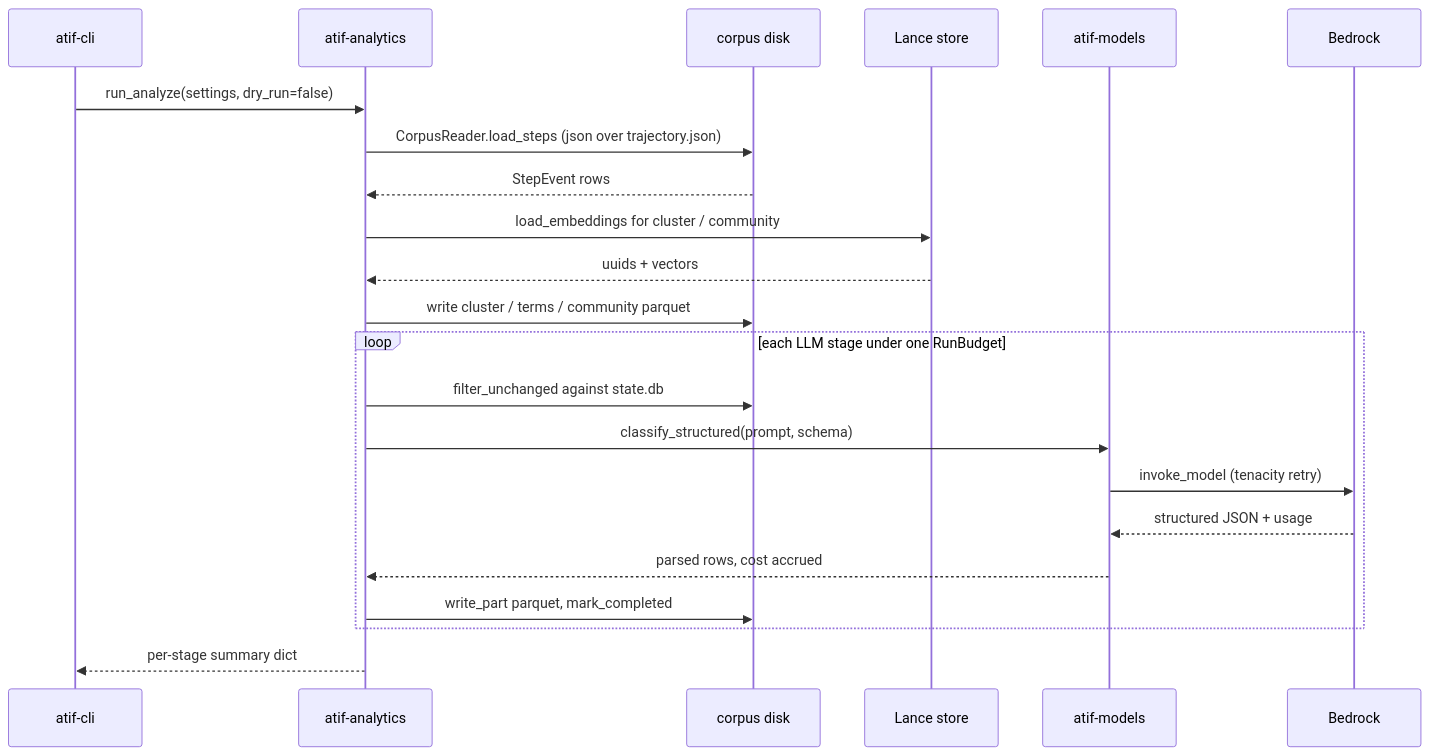
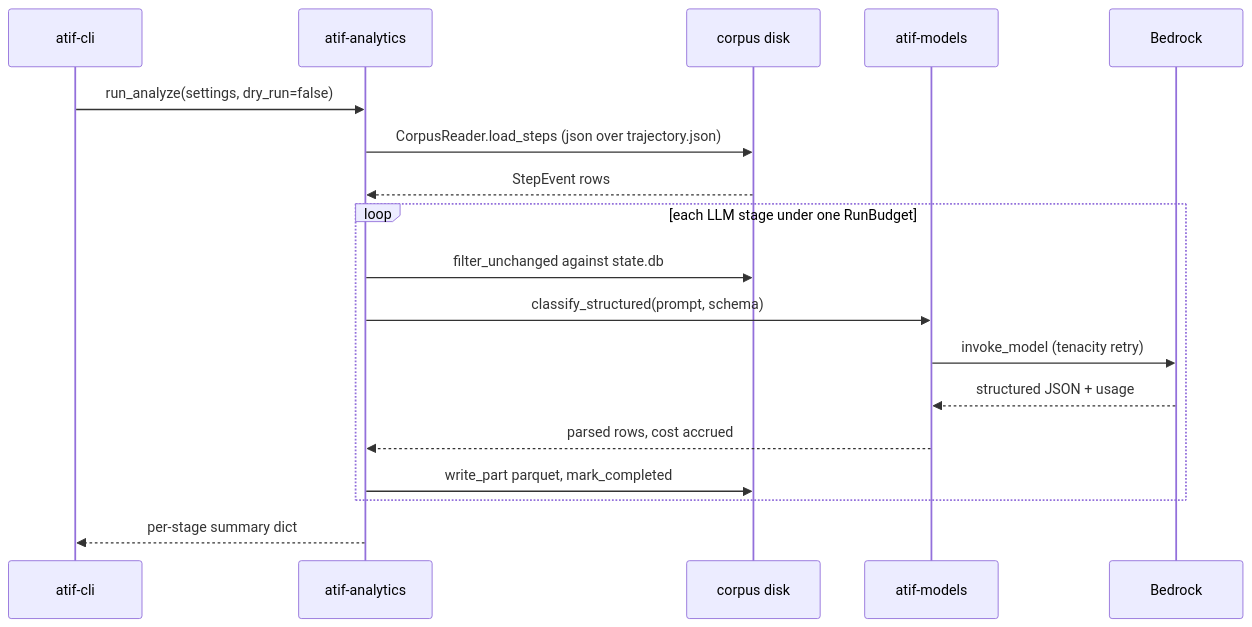
One commit to laithalsaadoon/atif-sql changed the third of 3 diagrams in docs/architecture/data-flow.md. Above: the diagram before and after it, drawn with Mermaid. The commit also changed other lines of this file and 96 other files, not shown here.

````diff
--- a/docs/architecture/data-flow.md
+++ b/docs/architecture/data-flow.md
@@ -174,25 +173,21 @@
 ```mermaid
 sequenceDiagram
     participant CLI as atif-cli
     participant Ana as atif-analytics
     participant Disk as corpus disk
-    participant Lance as Lance store
     participant Models as atif-models
     participant Bedrock as Bedrock
 
     CLI->>Ana: run_analyze(settings, dry_run=false)
     Ana->>Disk: CorpusReader.load_steps (json over trajectory.json)
     Disk-->>Ana: StepEvent rows
-    Ana->>Lance: load_embeddings for cluster / community
-    Lance-->>Ana: uuids + vectors
-    Ana->>Disk: write cluster / terms / community parquet
     loop each LLM stage under one RunBudget
         Ana->>Disk: filter_unchanged against state.db
         Ana->>Models: classify_structured(prompt, schema)
         Models->>Bedrock: invoke_model (tenacity retry)
         Bedrock-->>Models: structured JSON + usage
         Models-->>Ana: parsed rows, cost accrued
         Ana->>Disk: write_part parquet, mark_completed
     end
     Ana-->>CLI: per-stage summary dict
 ```
````
